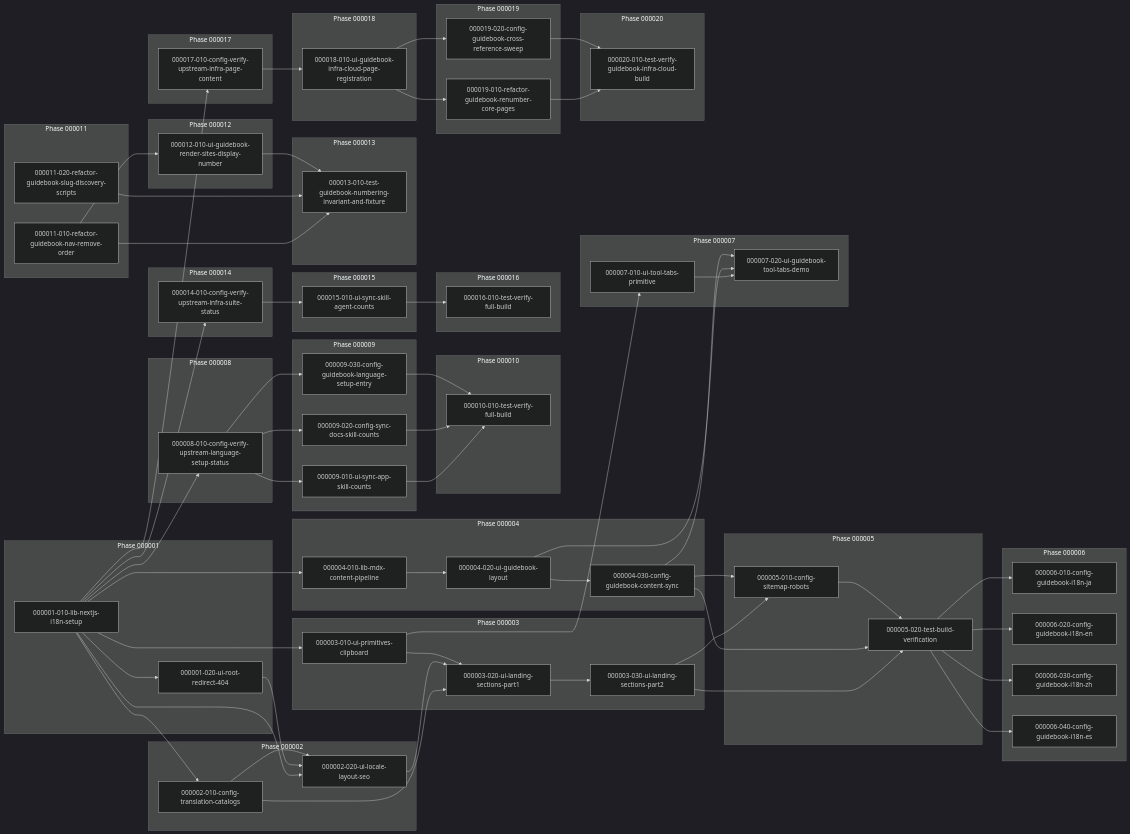
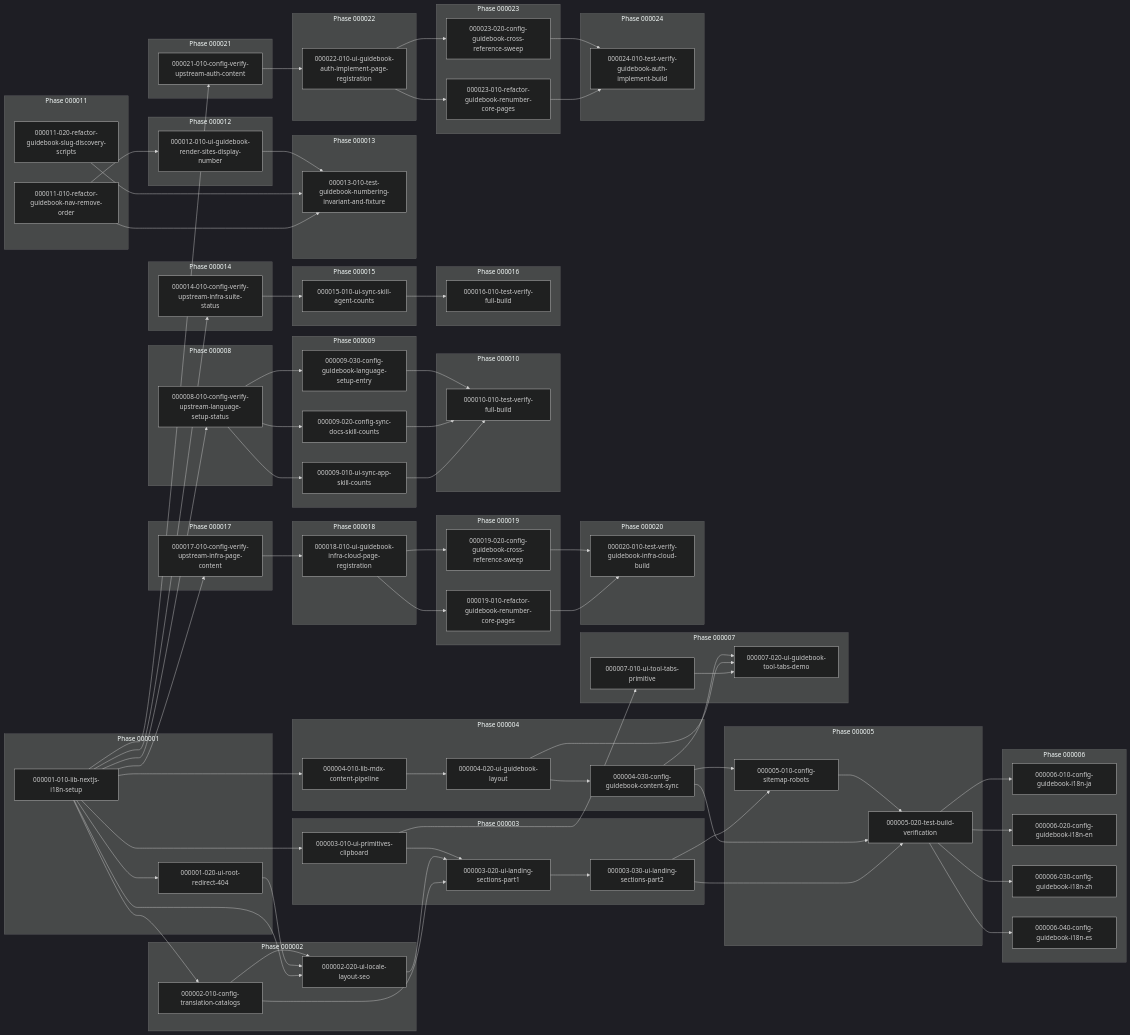
Before and after one commit to yongwoon/ywc-agent-toolkit-lp: the diagram in tasks/dependency-graph.md, drawn with Mermaid (dark theme). The commit also changed other lines of this file and 13 other files, not shown here.

First line of the commit message:
docs: add task decomposition for auth-implement guidebook page

````diff
--- a/tasks/dependency-graph.md
+++ b/tasks/dependency-graph.md
@@ -230,4 +248,23 @@
     S1 --> T1
     S2 --> T1
   end
+  subgraph Phase 000021
+    U1[000021-010-config-verify-upstream-auth-content]
+    A1 --> U1
+  end
+  subgraph Phase 000022
+    V1[000022-010-ui-guidebook-auth-implement-page-registration]
+    U1 --> V1
+  end
+  subgraph Phase 000023
+    W1[000023-010-refactor-guidebook-renumber-core-pages]
+    W2[000023-020-config-guidebook-cross-reference-sweep]
+    V1 --> W1
+    V1 --> W2
+  end
+  subgraph Phase 000024
+    X1[000024-010-test-verify-guidebook-auth-implement-build]
+    W1 --> X1
+    W2 --> X1
+  end
 ```
````
